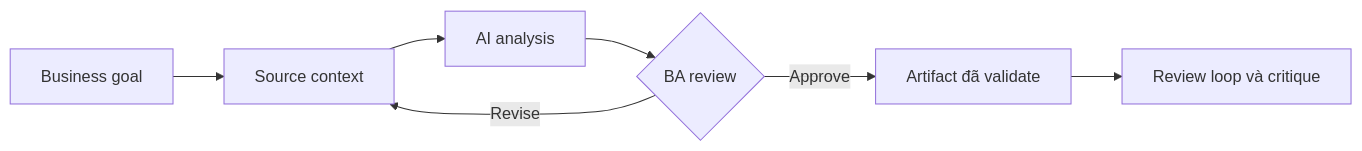
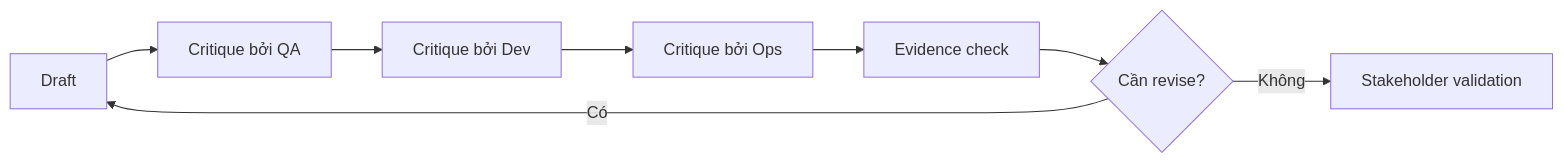
One commit to anhtnt90dev/ai-for-ba changed the diagram in docs/vi/lessons/review-loops-and-critique/index.md. Above: the diagram before and after it, drawn with Mermaid. The commit also changed other lines of this file and 64 other files, not shown here.

````diff
--- a/docs/vi/lessons/review-loops-and-critique/index.md
+++ b/docs/vi/lessons/review-loops-and-critique/index.md
@@ -39,9 +38,10 @@
 ```mermaid
 flowchart LR
-    A["Business goal"] --> B["Source context"]
-    B --> C["AI analysis"]
-    C --> D{"BA review"}
-    D -->|"Revise"| B
-    D -->|"Approve"| E["Artifact đã validate"]
-    E --> F["Review loop và critique"]
+    A["Draft"] --> B["Critique bởi QA"]
+    B --> C["Critique bởi Dev"]
+    C --> D["Critique bởi Ops"]
+    D --> E["Evidence check"]
+    E --> F{"Cần revise?"}
+    F -->|Có| A
+    F -->|Không| G["Stakeholder validation"]
 ```
````
